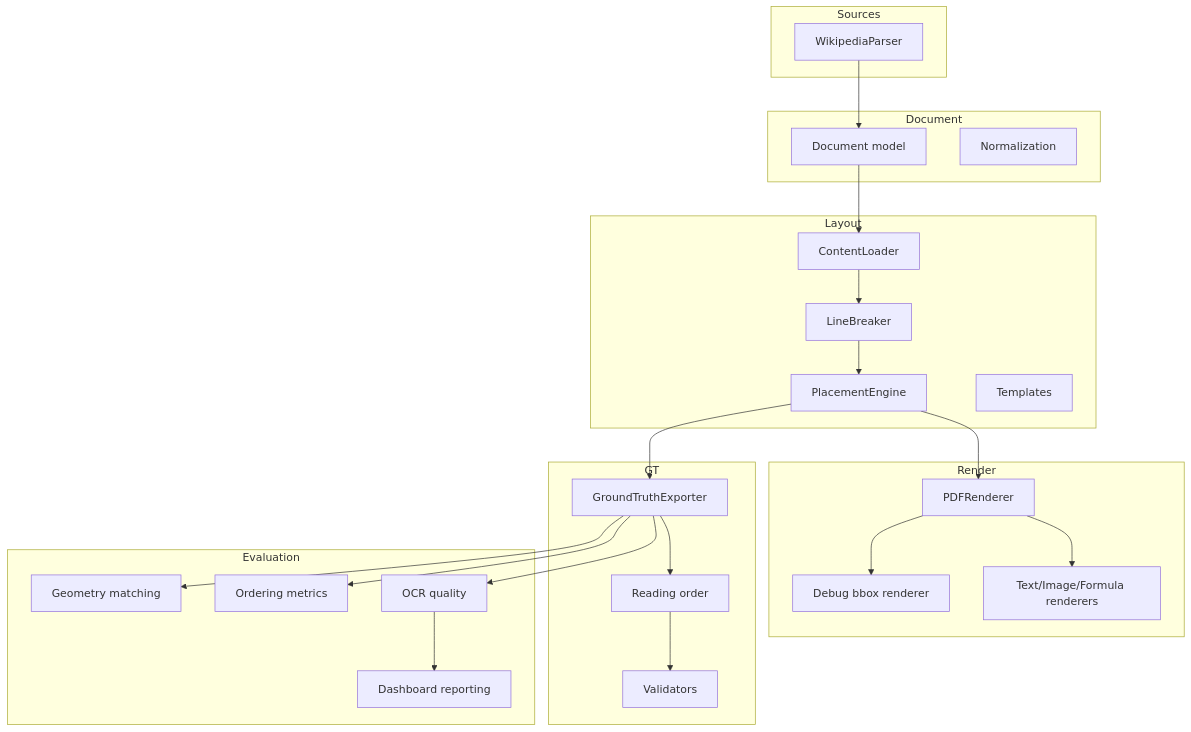
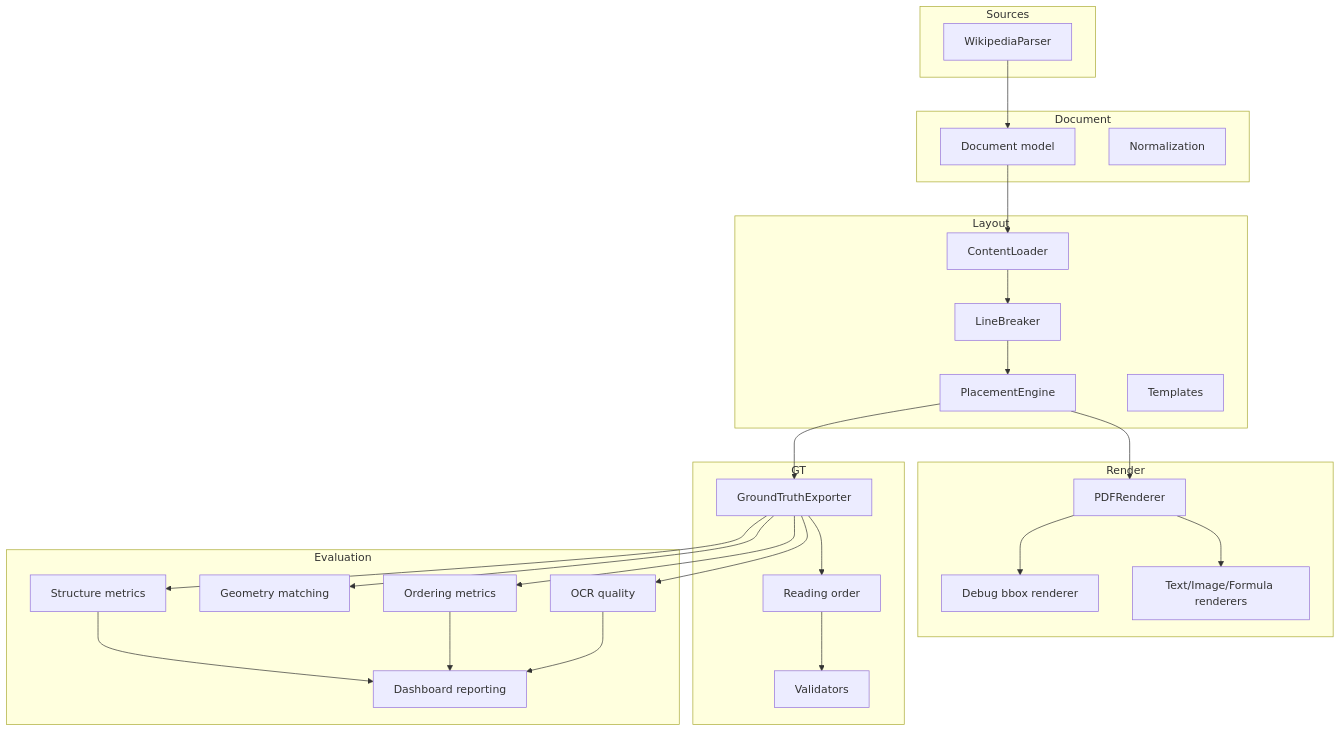
The second of 2 diagrams in tutorials/architecture.md (vorobev-danila/PolyDocBench), drawn with Mermaid before and after one commit. The commit also changed other lines of this file and 22 other files, not shown here.

````diff
--- a/tutorials/architecture.md
+++ b/tutorials/architecture.md
@@ -24,49 +24,53 @@
 ```mermaid
 flowchart TB
     subgraph Sources
         S1[WikipediaParser]
     end
 
     subgraph Document
         M1[Document model]
         M2[Normalization]
     end
 
     subgraph Layout
         L1[ContentLoader]
         L2[LineBreaker]
         L3[PlacementEngine]
         L4[Templates]
     end
 
     subgraph Render
         R1[PDFRenderer]
         R2[Text/Image/Formula renderers]
         R3[Debug bbox renderer]
     end
 
     subgraph GT
         G1[GroundTruthExporter]
         G2[Reading order]
         G3[Validators]
     end
 
     subgraph Evaluation
         E1[OCR quality]
         E2[Ordering metrics]
         E3[Geometry matching]
-        E4[Dashboard reporting]
+        E4[Structure metrics]
+        E5[Dashboard reporting]
     end
 
     S1 --> M1
     M1 --> L1
     L1 --> L2 --> L3 --> R1
     L3 --> G1
     R1 --> R2
     R1 --> R3
     G1 --> G2 --> G3
     G1 --> E1
     G1 --> E2
     G1 --> E3
-    E1 --> E4
+    G1 --> E4
+    E1 --> E5
+    E2 --> E5
+    E4 --> E5
 ```
````
